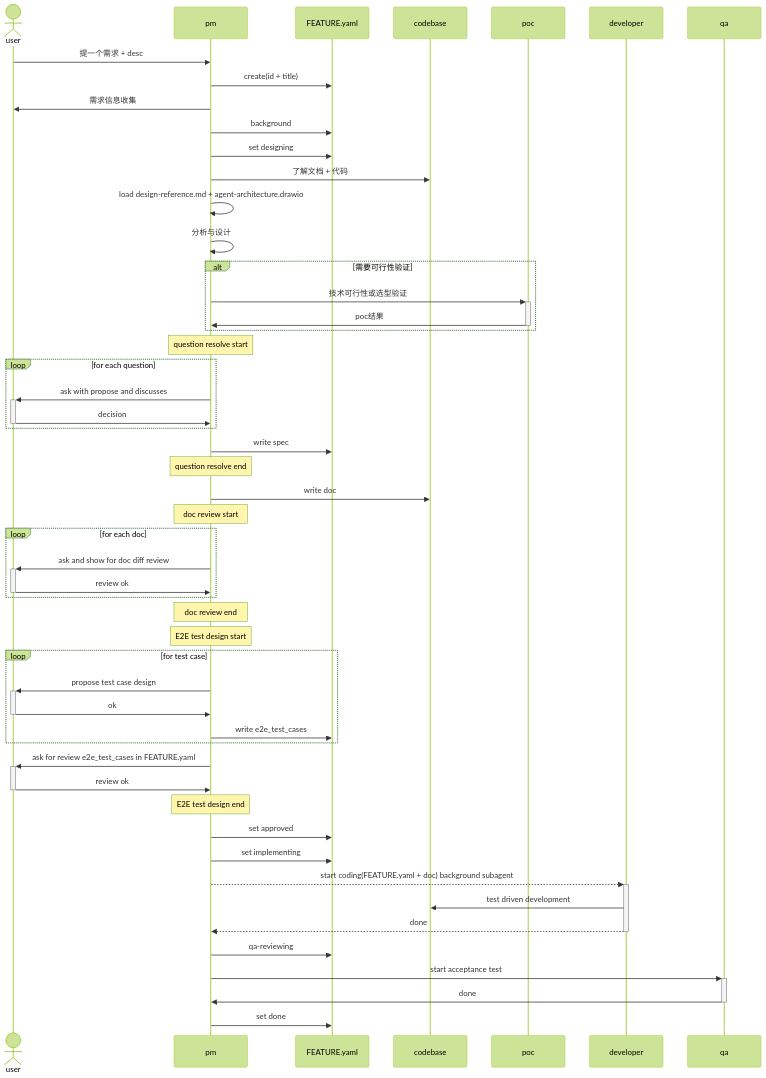
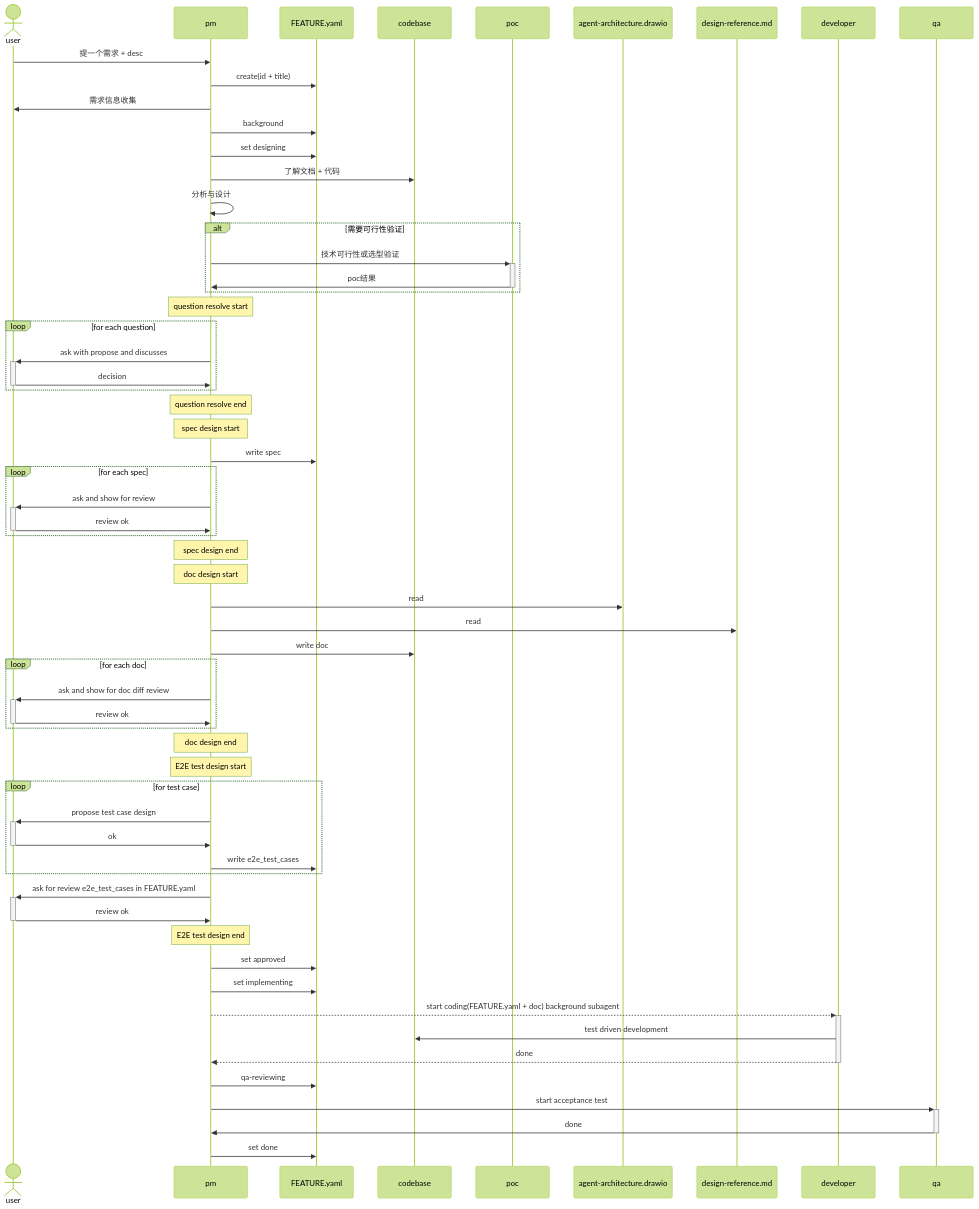
Before and after one commit to JoeyAssistant/skill-repo: the first of 3 diagrams in system-prompt/agent-factory/agent-pm.md, drawn with Mermaid (forest theme). The commit also changed other lines of this file, not shown here.

Commit message:
refactor(pm-prompt): doc design 阶段在写 doc 前强制加载架构与设计参考
- workflow 显式拆出 spec design / doc design 两阶段
- doc design 阶段在 write doc 前先 read agent-architecture.drawio + design-reference.md
- 新增 spec design要求 / doc design要求：spec 逐个模块功能讨论定稿，doc 以单文档为单位与用户对齐

````diff
--- a/system-prompt/agent-factory/agent-pm.md
+++ b/system-prompt/agent-factory/agent-pm.md
@@ -114,59 +116,68 @@
 ```mermaid
 sequenceDiagram
     actor user
     user->>pm: 提一个需求 + desc
     participant feat as FEATURE.yaml
     participant code as codebase
 
     pm->>feat: create(id + title)
     pm->>user: 需求信息收集
     pm->>feat: background
 
     pm->>feat: set designing
     pm->>code: 了解文档 + 代码
-    pm->>pm: load design-reference.md + agent-architecture.drawio
     pm->>pm: 分析与设计
     alt 需要可行性验证
         pm->>+poc: 技术可行性或选型验证
         poc->>-pm: poc结果
     end
 
     Note over pm: question resolve start
     loop for each question
         pm->>+user: ask with propose and discusses
         user->>-pm: decision
     end
-    pm->>feat: write spec
     Note over pm: question resolve end
 
+    Note over pm: spec design start
+    pm->>feat: write spec
+    loop for each spec
+        pm->>+user: ask and show for review
+        user->>-pm: review ok
+    end
+    Note over pm: spec design end
+
+    Note over pm: doc design start
+    pm->>agent-architecture.drawio: read 
+    pm->>design-reference.md: read
     pm->>code: write doc
-    Note over pm: doc review start
+
     loop for each doc
         pm->>+user: ask and show for doc diff review
         user->>-pm: review ok
     end
-    Note over pm: doc review end
+    Note over pm: doc design end
 
     Note over pm: E2E test design start
     loop for test case
         pm->>+user: propose test case design
         user->>-pm: ok
         pm->>feat: write e2e_test_cases
     end
     
     pm->>+user: ask for review e2e_test_cases in FEATURE.yaml
     user->>-pm: review ok
     Note over pm: E2E test design end
 
     pm->>feat: set approved
     participant dev as developer
     pm->>feat: set implementing
     pm-->>+dev: start coding(FEATURE.yaml + doc) background subagent
     dev->>code: test driven development
     dev-->>-pm: done
 
     pm->>feat: qa-reviewing
     pm->>+qa: start acceptance test
     qa->>-pm: done
     pm->>feat: set done
 ```
````
